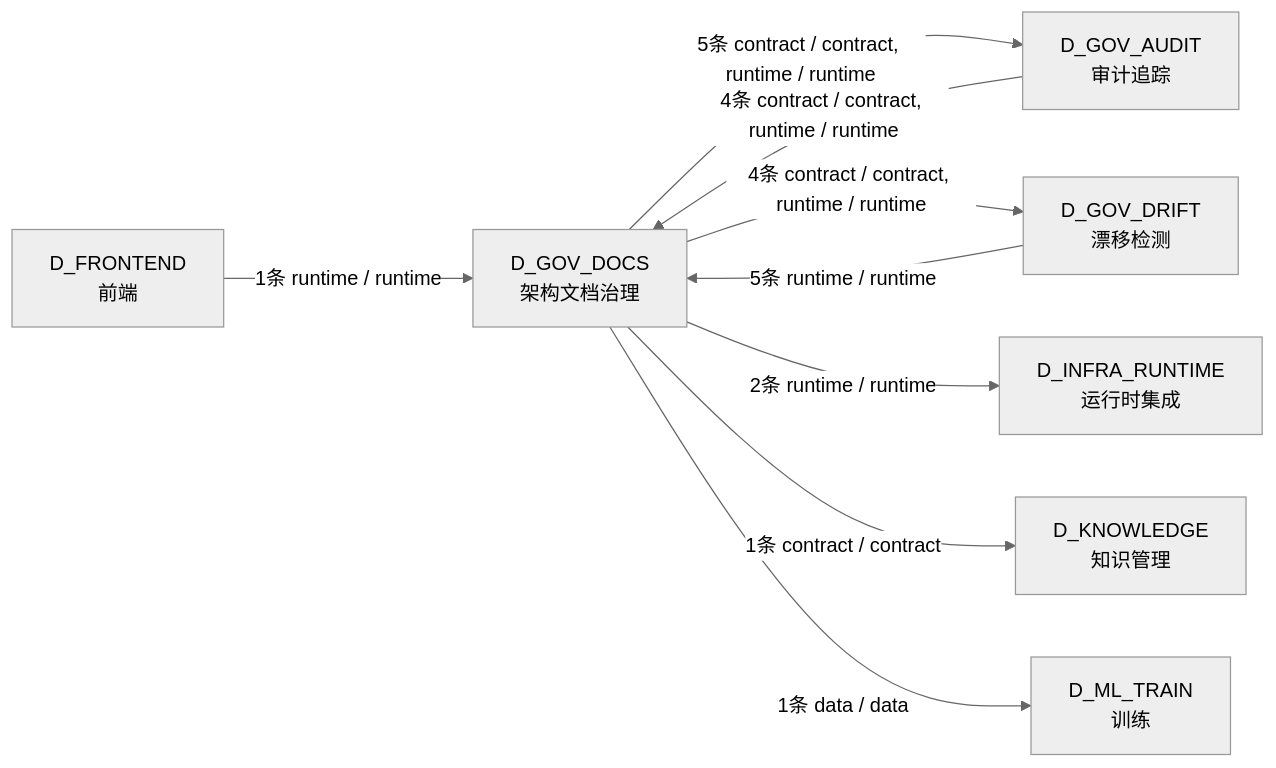
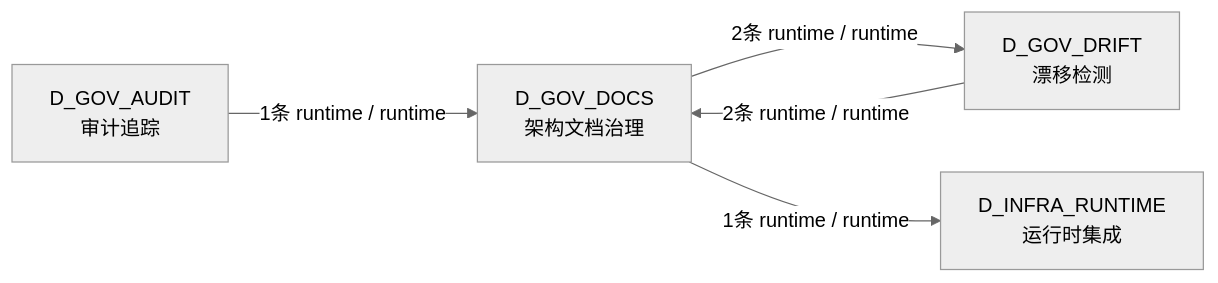
One commit to xuanFelixVan/ZephyrAlpha changed the seventh of 7 diagrams in docs/02_enterprise_architecture/02_domain_architecture_docs/40_d_gov_docs.md. Above: the diagram before and after it, drawn with Mermaid (neutral theme). The commit also changed other lines of this file and 125 other files, not shown here.

````diff
--- a/docs/02_enterprise_architecture/02_domain_architecture_docs/40_d_gov_docs.md
+++ b/docs/02_enterprise_architecture/02_domain_architecture_docs/40_d_gov_docs.md
@@ -610,18 +493,11 @@
 ```mermaid
 graph LR
     D_GOV_DOCS["D_GOV_DOCS<br/>架构文档治理"]
-    D_GOV_AUDIT["D_GOV_AUDIT<br/>审计追踪"]
     D_GOV_DRIFT["D_GOV_DRIFT<br/>漂移检测"]
     D_INFRA_RUNTIME["D_INFRA_RUNTIME<br/>运行时集成"]
-    D_KNOWLEDGE["D_KNOWLEDGE<br/>知识管理"]
-    D_ML_TRAIN["D_ML_TRAIN<br/>训练"]
-    D_FRONTEND["D_FRONTEND<br/>前端"]
-    D_GOV_DOCS -->|5条 contract / contract, runtime / runtime| D_GOV_AUDIT
-    D_GOV_DOCS -->|4条 contract / contract, runtime / runtime| D_GOV_DRIFT
-    D_GOV_DOCS -->|2条 runtime / runtime| D_INFRA_RUNTIME
-    D_GOV_DOCS -->|1条 contract / contract| D_KNOWLEDGE
-    D_GOV_DOCS -->|1条 data / data| D_ML_TRAIN
-    D_GOV_DRIFT -->|5条 runtime / runtime| D_GOV_DOCS
-    D_GOV_AUDIT -->|4条 contract / contract, runtime / runtime| D_GOV_DOCS
-    D_FRONTEND -->|1条 runtime / runtime| D_GOV_DOCS
+    D_GOV_AUDIT["D_GOV_AUDIT<br/>审计追踪"]
+    D_GOV_DOCS -->|2条 runtime / runtime| D_GOV_DRIFT
+    D_GOV_DOCS -->|1条 runtime / runtime| D_INFRA_RUNTIME
+    D_GOV_DRIFT -->|2条 runtime / runtime| D_GOV_DOCS
+    D_GOV_AUDIT -->|1条 runtime / runtime| D_GOV_DOCS
 ```
````
